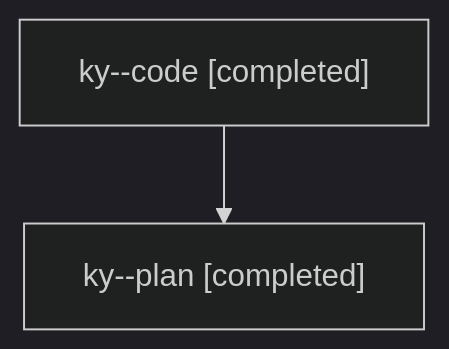
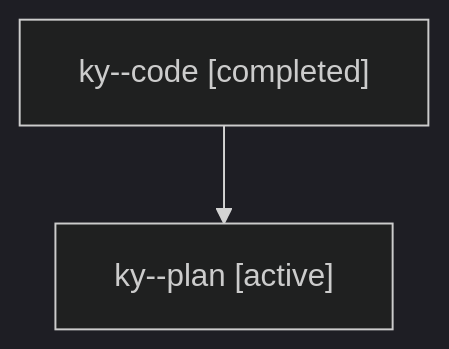
One commit to sase-org/sase--agents changed the diagram in families/bbugyi200.athena.ky.md. Above: the diagram before and after it, drawn with Mermaid (dark theme). The commit also changed other lines of this file and 8679 other files, not shown here.

````diff
--- a/families/bbugyi200.athena.ky.md
+++ b/families/bbugyi200.athena.ky.md
@@ -9,6 +9,6 @@
 ```mermaid
 flowchart TD
   n0["ky--code [completed]"]
-  n1["ky--plan [completed]"]
+  n1["ky--plan [active]"]
   n0 --> n1
 ```
````
